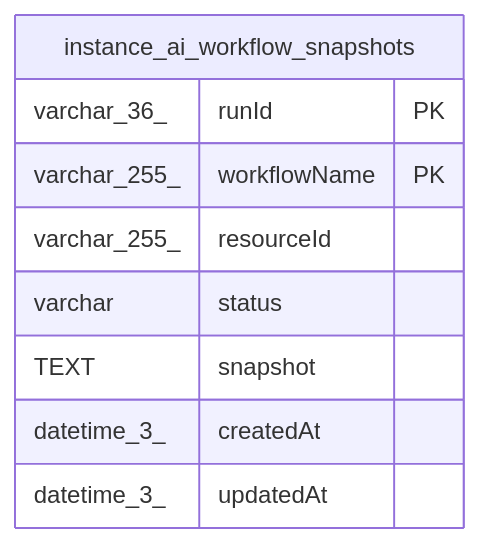
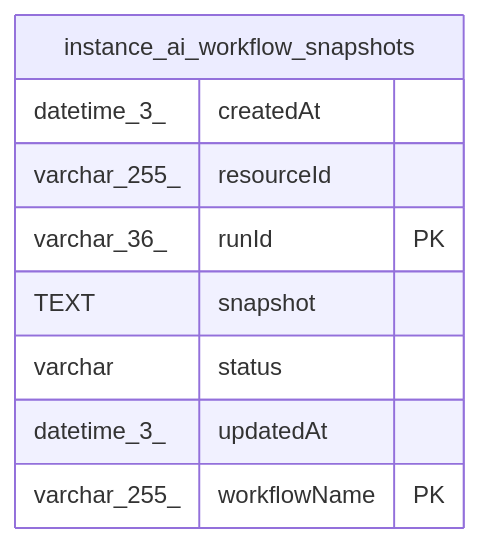
One commit to mayankjain1815-commits/n8n changed the diagram in docs/generated/sqlite-schema/instance_ai_workflow_snapshots.md. Above: the diagram before and after it, drawn with Mermaid. The commit also changed other lines of this file and 221 other files, not shown here.

Commit message:
chore(core): Make DB schema docs generation deterministic (#32373)

````diff
--- a/docs/generated/sqlite-schema/instance_ai_workflow_snapshots.md
+++ b/docs/generated/sqlite-schema/instance_ai_workflow_snapshots.md
@@ -43,14 +43,14 @@
 ```mermaid
 erDiagram
 
 
 "instance_ai_workflow_snapshots" {
+  datetime_3_ createdAt
+  varchar_255_ resourceId
   varchar_36_ runId PK
+  TEXT snapshot
+  varchar status
+  datetime_3_ updatedAt
   varchar_255_ workflowName PK
-  varchar_255_ resourceId
-  varchar status
-  TEXT snapshot
-  datetime_3_ createdAt
-  datetime_3_ updatedAt
 }
 ```
````
